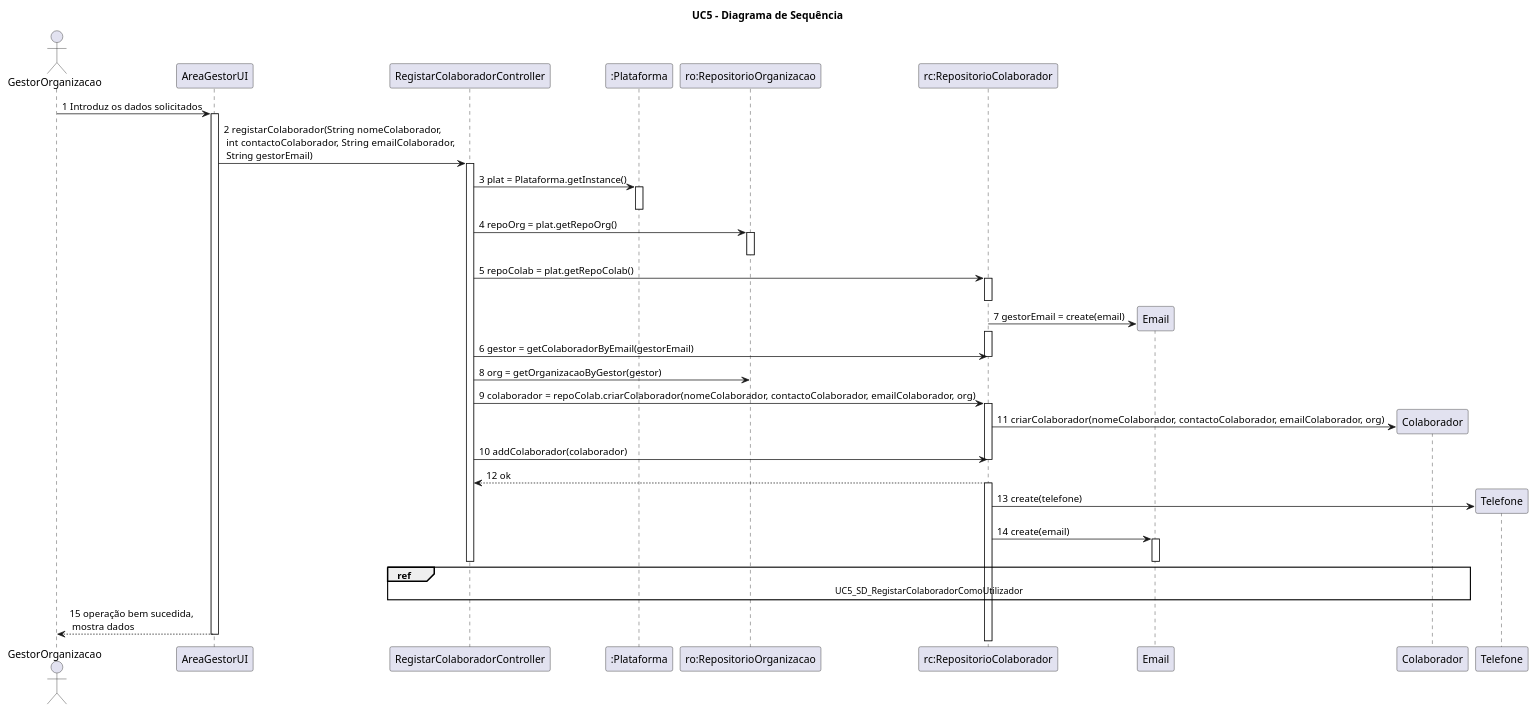
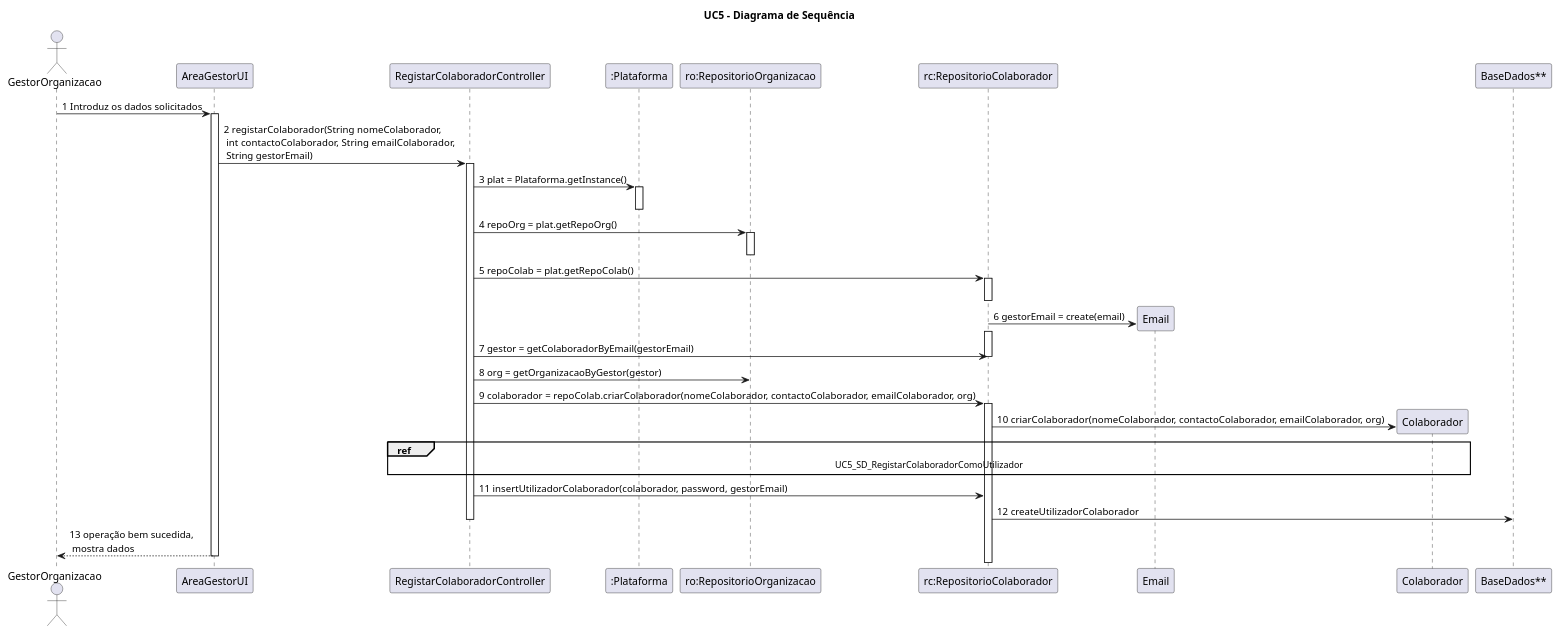
Before and after one commit to pedro-miguez/upskill_java1_labprg_grupo3: the diagram in Análise/UC5_Especificar_Colaboradores_da_Organização/UC5_DS.wsd, drawn with PlantUML. The commit also changed 7 other files, not shown here.

```diff
--- a/Análise/UC5_Especificar_Colaboradores_da_Organização/UC5_DS.wsd
+++ b/Análise/UC5_Especificar_Colaboradores_da_Organização/UC5_DS.wsd
@@ -1,50 +1,42 @@
 @startuml
 
 title UC5 - Diagrama de Sequência
 
 actor GestorOrganizacao as GestorOrganizacao
 GestorOrganizacao -> "AreaGestorUI" : 1 Introduz os dados solicitados
 activate "AreaGestorUI"
 "AreaGestorUI" -> "RegistarColaboradorController" : 2 registarColaborador(String nomeColaborador, \n int contactoColaborador, String emailColaborador, \n String gestorEmail)
 activate "RegistarColaboradorController"
 "RegistarColaboradorController" -> ":Plataforma" : 3 plat = Plataforma.getInstance()
 activate ":Plataforma"
 deactivate ":Plataforma"
 "RegistarColaboradorController" -> "ro:RepositorioOrganizacao" : 4 repoOrg = plat.getRepoOrg()
 activate "ro:RepositorioOrganizacao"
 deactivate "ro:RepositorioOrganizacao"
 "RegistarColaboradorController" -> "rc:RepositorioColaborador" : 5 repoColab = plat.getRepoColab()
 activate "rc:RepositorioColaborador"
 deactivate "rc:RepositorioColaborador"
-"rc:RepositorioColaborador" -> Email** : 7 gestorEmail = create(email)
+"rc:RepositorioColaborador" -> Email** : 6 gestorEmail = create(email)
 activate "rc:RepositorioColaborador"
 
 
-"RegistarColaboradorController" -> "rc:RepositorioColaborador" : 6 gestor = getColaboradorByEmail(gestorEmail)
+"RegistarColaboradorController" -> "rc:RepositorioColaborador" : 7 gestor = getColaboradorByEmail(gestorEmail)
 
 deactivate "rc:RepositorioColaborador"
 "RegistarColaboradorController" -> "ro:RepositorioOrganizacao" : 8 org = getOrganizacaoByGestor(gestor)
 "RegistarColaboradorController" -> "rc:RepositorioColaborador" : 9 colaborador = repoColab.criarColaborador(nomeColaborador, contactoColaborador, emailColaborador, org)
 activate "rc:RepositorioColaborador"
-"rc:RepositorioColaborador" -> Colaborador** : 11 criarColaborador(nomeColaborador, contactoColaborador, emailColaborador, org)
+"rc:RepositorioColaborador" -> Colaborador** : 10 criarColaborador(nomeColaborador, contactoColaborador, emailColaborador, org)
+
+ref over RegistarColaboradorController, Colaborador : UC5_SD_RegistarColaboradorComoUtilizador
 
 
+"RegistarColaboradorController" -> "rc:RepositorioColaborador" : 11 insertUtilizadorColaborador(colaborador, password, gestorEmail)
 
-"RegistarColaboradorController" -> "rc:RepositorioColaborador" : 10 addColaborador(colaborador)
-deactivate "rc:RepositorioColaborador"
-"rc:RepositorioColaborador" --> "RegistarColaboradorController" : 12 ok
+"rc:RepositorioColaborador" -> "BaseDados**" : 12 createUtilizadorColaborador
 
-activate "rc:RepositorioColaborador"
-
-"rc:RepositorioColaborador" -> Telefone** : 13 create(telefone)
-
-"rc:RepositorioColaborador" -> Email : 14 create(email)
-activate Email
-deactivate Email
-
-ref over RegistarColaboradorController, Colaborador : UC5_SD_RegistarColaboradorComoUtilizador
 deactivate "RegistarColaboradorController"
-"AreaGestorUI" --> GestorOrganizacao : 15 operação bem sucedida, \n mostra dados
+"AreaGestorUI" --> GestorOrganizacao : 13 operação bem sucedida, \n mostra dados
 deactivate "AreaGestorUI"
 
 @enduml
```
